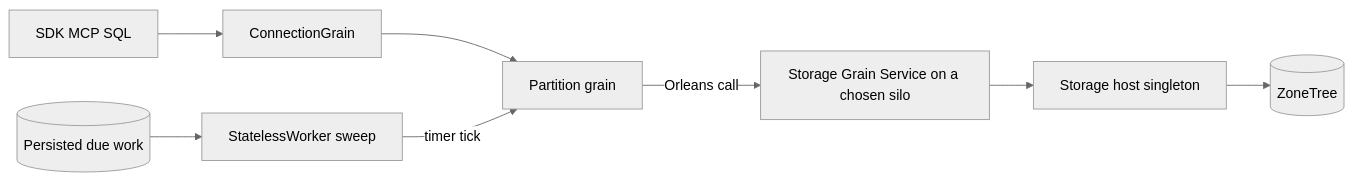
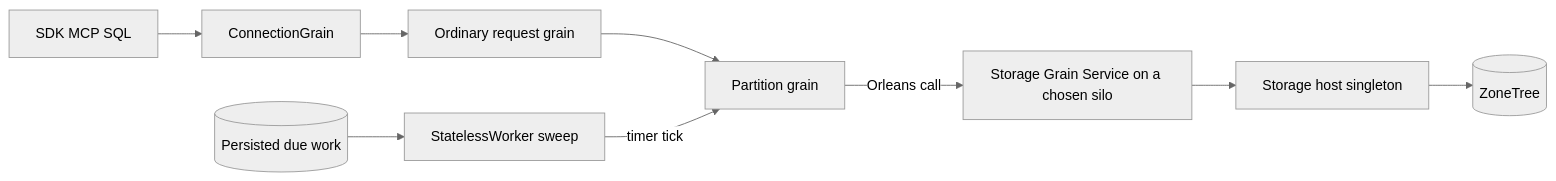
The diagram in docs/Features/OrleansExecution/ExecutionPrimitives.md (managedcode/KeyLoad), drawn with Mermaid (neutral theme) before and after one commit. The commit also changed other lines of this file and 8 other files, not shown here.

````diff
--- a/docs/Features/OrleansExecution/ExecutionPrimitives.md
+++ b/docs/Features/OrleansExecution/ExecutionPrimitives.md
@@ -21,10 +22,11 @@
 ```mermaid
 flowchart LR
     Api[SDK MCP SQL] --> Conn[ConnectionGrain]
-    Conn --> Part[Partition grain]
+    Conn --> Request[Ordinary request grain]
+    Request --> Part[Partition grain]
     Part -->|Orleans call| Svc[Storage Grain Service on a chosen silo]
     Svc --> Host[Storage host singleton]
     Host --> Zt[(ZoneTree)]
     Records[(Persisted due work)] --> Wk[StatelessWorker sweep]
     Wk -->|timer tick| Part
 ```
````
